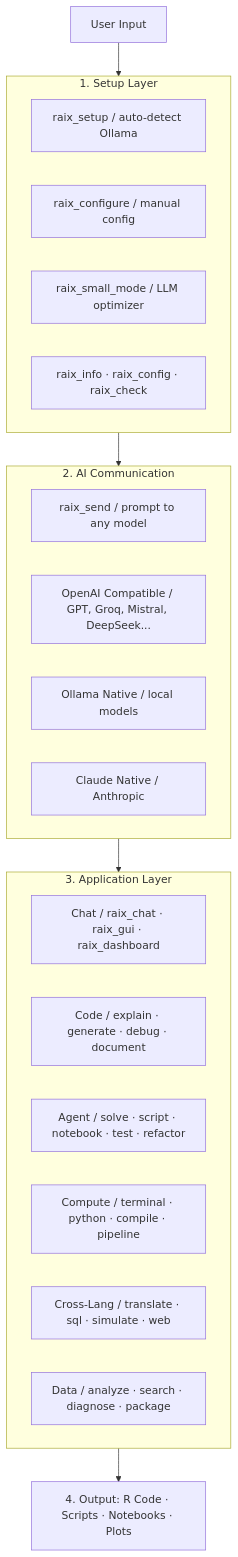
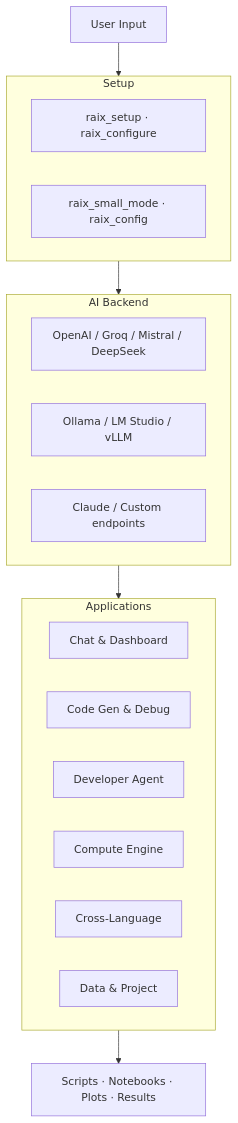
Before and after one commit to joannlilywhite765/raix: the first of 2 diagrams in README.md, drawn with Mermaid. The commit also changed other lines of this file, not shown here.

First line of the commit message:
README: clean redesign — diagrams, workflows, zero repetition

````diff
--- a/README.md
+++ b/README.md
@@ -21,34 +27,31 @@
 ```mermaid
 flowchart TB
     U[User Input] --> SETUP
 
-    subgraph SETUP[1. Setup Layer]
-        A1[raix_setup / auto-detect Ollama]
-        A2[raix_configure / manual config]
-        A3[raix_small_mode / LLM optimizer]
-        A4[raix_info · raix_config · raix_check]
+    subgraph SETUP[Setup]
+        A1[raix_setup · raix_configure]
+        A2[raix_small_mode · raix_config]
     end
 
     SETUP --> CORE
 
-    subgraph CORE[2. AI Communication]
-        B1[raix_send / prompt to any model]
-        B2[OpenAI Compatible / GPT, Groq, Mistral, DeepSeek...]
-        B3[Ollama Native / local models]
-        B4[Claude Native / Anthropic]
+    subgraph CORE[AI Backend]
+        B1[OpenAI / Groq / Mistral / DeepSeek]
+        B2[Ollama / LM Studio / vLLM]
+        B3[Claude / Custom endpoints]
     end
 
     CORE --> APPS
 
-    subgraph APPS[3. Application Layer]
-        C1[Chat / raix_chat · raix_gui · raix_dashboard]
-        C2[Code / explain · generate · debug · document]
-        C3[Agent / solve · script · notebook · test · refactor]
-        C4[Compute / terminal · python · compile · pipeline]
-        C5[Cross-Lang / translate · sql · simulate · web]
-        C6[Data / analyze · search · diagnose · package]
+    subgraph APPS[Applications]
+        C1[Chat & Dashboard]
+        C2[Code Gen & Debug]
+        C3[Developer Agent]
+        C4[Compute Engine]
+        C5[Cross-Language]
+        C6[Data & Project]
     end
 
     APPS --> OUT
-    OUT[4. Output: R Code · Scripts · Notebooks · Plots]
+    OUT[Scripts · Notebooks · Plots · Results]
 ```
````
